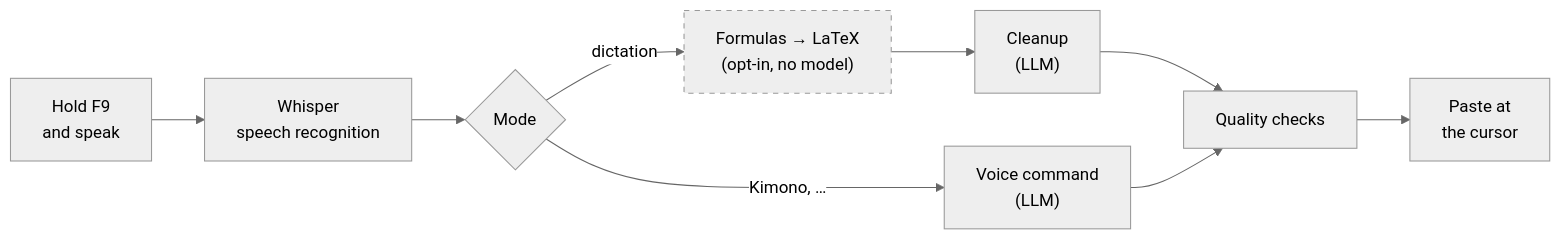
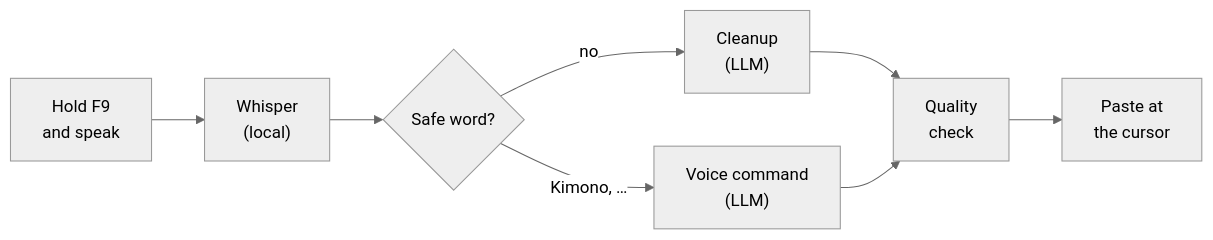
Before and after one commit to FynnXland/fleech: the diagram in README.md, drawn with Mermaid (neutral theme). The commit also changed 1 other file, not shown here.

Commit message:
README: Funktions-GIFs in voller Breite, Ablaufdiagramm entschlackt
Im 2x2-Raster waren die GIFs auf 390 px verkleinert und ihre Schrift
kaum lesbar; jetzt stehen sie wie das Haupt-GIF in 760 px untereinander.
Das Mermaid-Diagramm hat sieben statt acht Kaesten, damit es auf der
Repo-Seite lesbar bleibt (Formeln stehen bei den Funktionen).

````diff
--- a/README.md
+++ b/README.md
@@ -40,13 +40,10 @@
 ```mermaid
 flowchart LR
-    A["Hold F9<br/>and speak"] --> B["Whisper<br/>speech recognition"]
-    B --> C{"Mode"}
-    C -->|dictation| F["Formulas → LaTeX<br/>(opt-in, no model)"]
-    F --> D["Cleanup<br/>(LLM)"]
+    A["Hold F9<br/>and speak"] --> B["Whisper<br/>(local)"]
+    B --> C{"Safe word?"}
+    C -->|no| D["Cleanup<br/>(LLM)"]
     C -->|"Kimono, …"| E["Voice command<br/>(LLM)"]
-    D --> G["Quality checks"]
-    E --> G
-    G --> H["Paste at<br/>the cursor"]
-    classDef optional stroke-dasharray: 5 5
-    class F optional
+    D --> F["Quality<br/>check"]
+    E --> F
+    F --> G["Paste at<br/>the cursor"]
 ```
````
